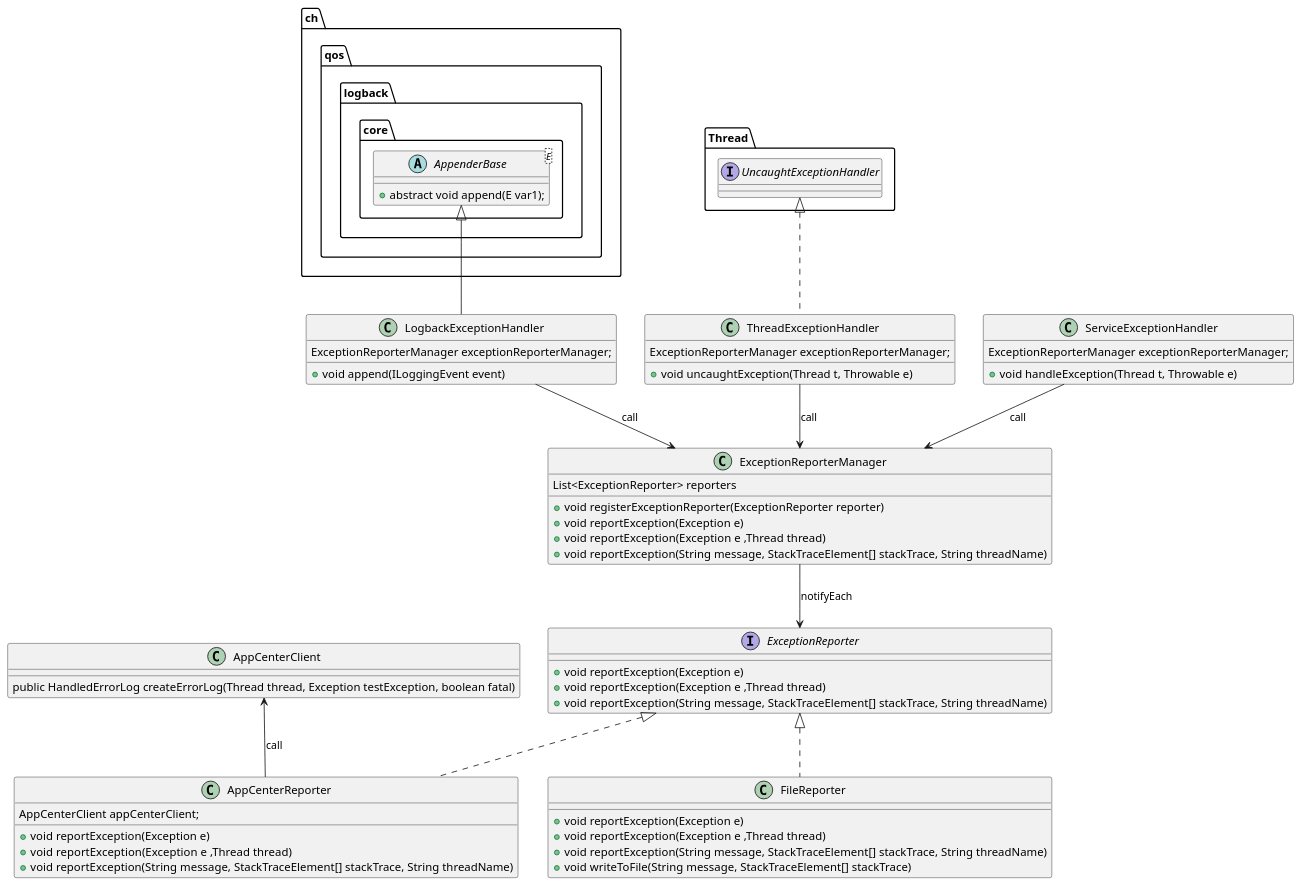
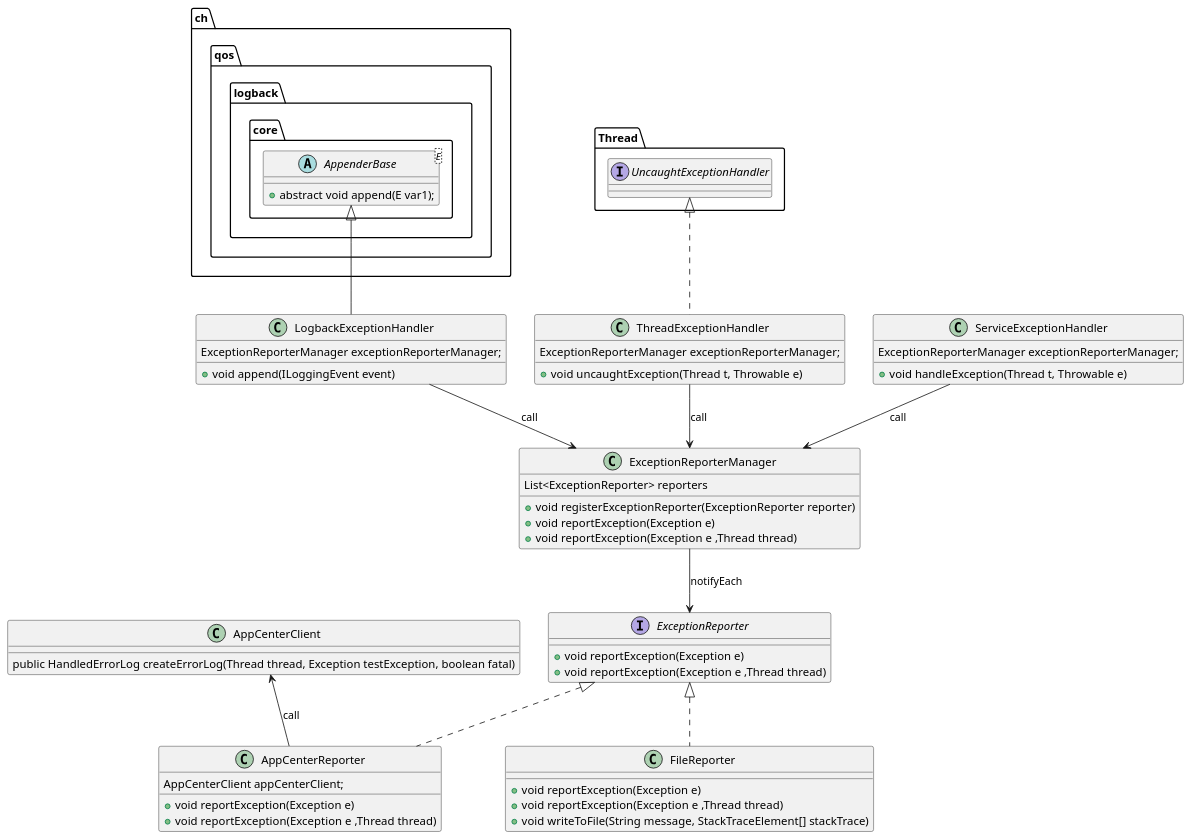
The diagram in agent/doc/UML/hydra_lab_exception_monitor_design.puml (microsoft/HydraLab), drawn with PlantUML before and after one commit. The commit also changed 1 other file, not shown here.

```diff
--- a/agent/doc/UML/hydra_lab_exception_monitor_design.puml
+++ b/agent/doc/UML/hydra_lab_exception_monitor_design.puml
@@ -1,62 +1,58 @@
 @startuml exception_monitor
 interface ExceptionReporter {
     + void reportException(Exception e)
     + void reportException(Exception e ,Thread thread)
-    + void reportException(String message, StackTraceElement[] stackTrace, String threadName)
 }
 
 class ExceptionReporterManager {
     List<ExceptionReporter> reporters
     + void registerExceptionReporter(ExceptionReporter reporter)
     + void reportException(Exception e)
     + void reportException(Exception e ,Thread thread)
-    + void reportException(String message, StackTraceElement[] stackTrace, String threadName)
 }
 
 class AppCenterReporter implements ExceptionReporter {
     AppCenterClient appCenterClient;
 
     + void reportException(Exception e)
     + void reportException(Exception e ,Thread thread)
-    + void reportException(String message, StackTraceElement[] stackTrace, String threadName)
 }
 
 
 class FileReporter implements ExceptionReporter {
     + void reportException(Exception e)
     + void reportException(Exception e ,Thread thread)
-    + void reportException(String message, StackTraceElement[] stackTrace, String threadName)
     + void writeToFile(String message, StackTraceElement[] stackTrace)
 }
 
 class AppCenterClient{
     public HandledErrorLog createErrorLog(Thread thread, Exception testException, boolean fatal)
 }
 
 AppCenterClient <-- AppCenterReporter : call
 
 abstract class ch.qos.logback.core.AppenderBase<E> {
     + abstract void append(E var1);
 }
 
 class LogbackExceptionHandler extends ch.qos.logback.core.AppenderBase {
     ExceptionReporterManager exceptionReporterManager;
     + void append(ILoggingEvent event)
 }
 
 class ThreadExceptionHandler implements Thread.UncaughtExceptionHandler {
     ExceptionReporterManager exceptionReporterManager;
     + void uncaughtException(Thread t, Throwable e)
 }
 
 class ServiceExceptionHandler {
     ExceptionReporterManager exceptionReporterManager;
     + void handleException(Thread t, Throwable e)
 }
 
 LogbackExceptionHandler --> ExceptionReporterManager : call
 ThreadExceptionHandler --> ExceptionReporterManager : call
 ServiceExceptionHandler --> ExceptionReporterManager : call
 
 ExceptionReporterManager --> ExceptionReporter : notifyEach
 @enduml
```
